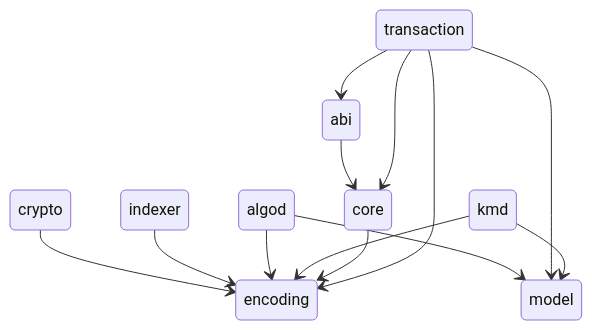
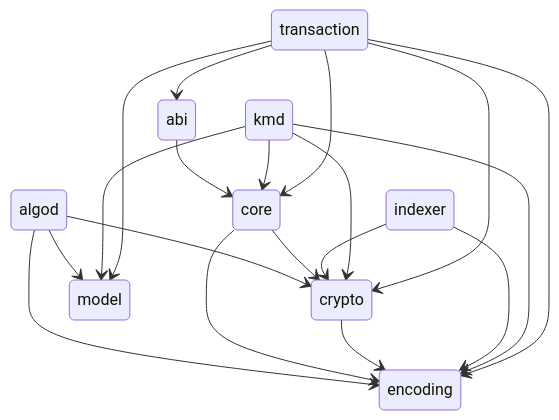
Before and after one commit to manuelmauro/algonaut: the diagram in CONTRIBUTING.md, drawn with Mermaid.

````diff
--- a/CONTRIBUTING.md
+++ b/CONTRIBUTING.md
@@ -38,15 +38,22 @@
 ```mermaid
 stateDiagram-v2
+    abi --> core
+    algod --> crypto
+    algod --> encoding
+    algod --> model
+    core --> encoding
+    core --> crypto
     crypto --> encoding
     indexer --> encoding
-    algod --> encoding
+    indexer --> crypto
+    kmd --> core
+    kmd --> crypto
     kmd --> encoding
-    core --> encoding
+    kmd --> model
+    transaction --> abi
+    transaction --> core
+    transaction --> crypto
     transaction --> encoding
-    algod --> model
     transaction --> model
-    kmd --> model
-    abi --> core
-    transaction --> core
-    transaction --> abi
+
 ```
````
